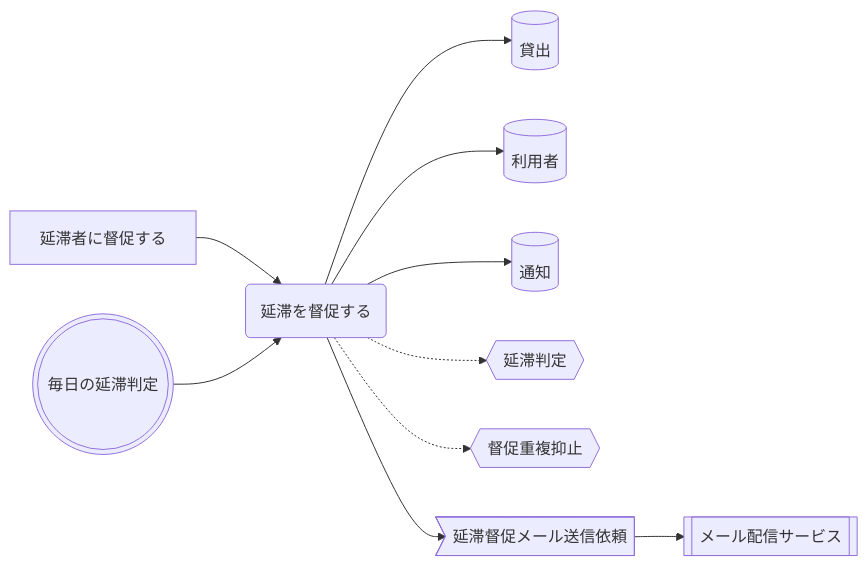
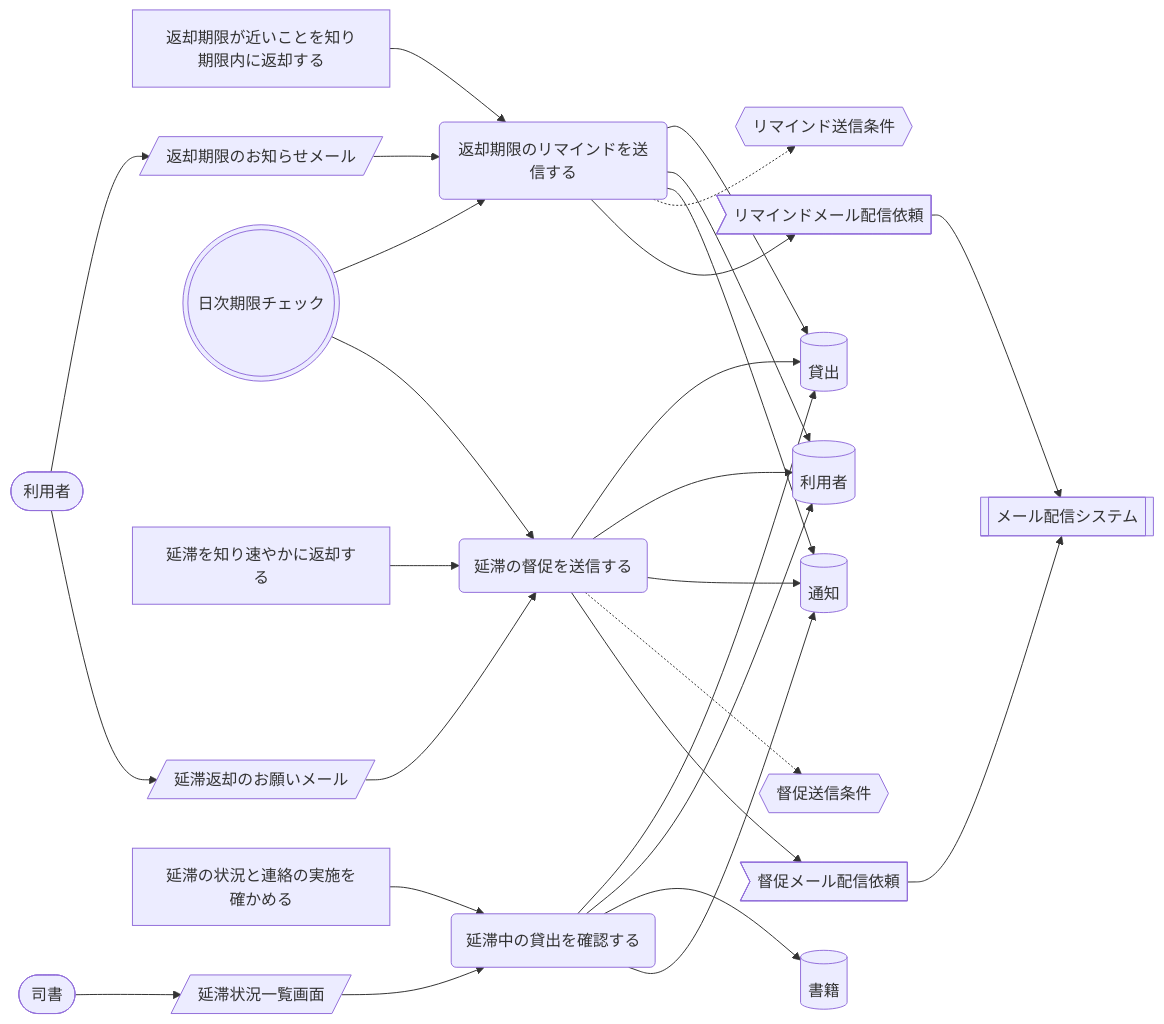
The seventh of 9 diagrams in samples/distillery2/library-loan/docs/requirements/rdra/views/04_UC複合図.md (suwa-sh/suwa-sh-claude-plugins), drawn with Mermaid before and after one commit. The commit also changed other lines of this file and 249 other files, not shown here.

````diff
--- a/samples/distillery2/library-loan/docs/requirements/rdra/views/04_UC複合図.md
+++ b/samples/distillery2/library-loan/docs/requirements/rdra/views/04_UC複合図.md
@@ -329,22 +282,51 @@
 ```mermaid
 graph LR
-  UC1("延滞を督促する")
-  AT1["延滞者に督促する"]
+  UC1("返却期限のリマインドを送信する")
+  AT1["返却期限が近いことを知り期限内に返却する"]
   IF1[("貸出")]
   IF2[("利用者")]
   IF3[("通知")]
-  CD1{{"延滞判定"}}
-  CD2{{"督促重複抑止"}}
-  TM1((("毎日の延滞判定")))
-  EV1>"延滞督促メール送信依頼"]
-  EX1[["メール配信サービス"]]
+  CD1{{"リマインド送信条件"}}
+  SC1[/"返却期限のお知らせメール"/]
+  AC1(["利用者"])
+  EV1>"リマインドメール配信依頼"]
+  EX1[["メール配信システム"]]
+  TM1((("日次期限チェック")))
+  UC2("延滞の督促を送信する")
+  AT2["延滞を知り速やかに返却する"]
+  CD2{{"督促送信条件"}}
+  SC2[/"延滞返却のお願いメール"/]
+  EV2>"督促メール配信依頼"]
+  UC3("延滞中の貸出を確認する")
+  AT3["延滞の状況と連絡の実施を確かめる"]
+  IF4[("書籍")]
+  SC3[/"延滞状況一覧画面"/]
+  AC2(["司書"])
   AT1 --> UC1
   UC1 --> IF1
   UC1 --> IF2
   UC1 --> IF3
   UC1 -.-> CD1
-  UC1 -.-> CD2
-  TM1 --> UC1
+  AC1 --> SC1
+  SC1 --> UC1
   UC1 --> EV1
   EV1 --> EX1
+  TM1 --> UC1
+  AT2 --> UC2
+  UC2 --> IF1
+  UC2 --> IF2
+  UC2 --> IF3
+  UC2 -.-> CD2
+  AC1 --> SC2
+  SC2 --> UC2
+  UC2 --> EV2
+  EV2 --> EX1
+  TM1 --> UC2
+  AT3 --> UC3
+  UC3 --> IF1
+  UC3 --> IF2
+  UC3 --> IF4
+  UC3 --> IF3
+  AC2 --> SC3
+  SC3 --> UC3
 ```
````
